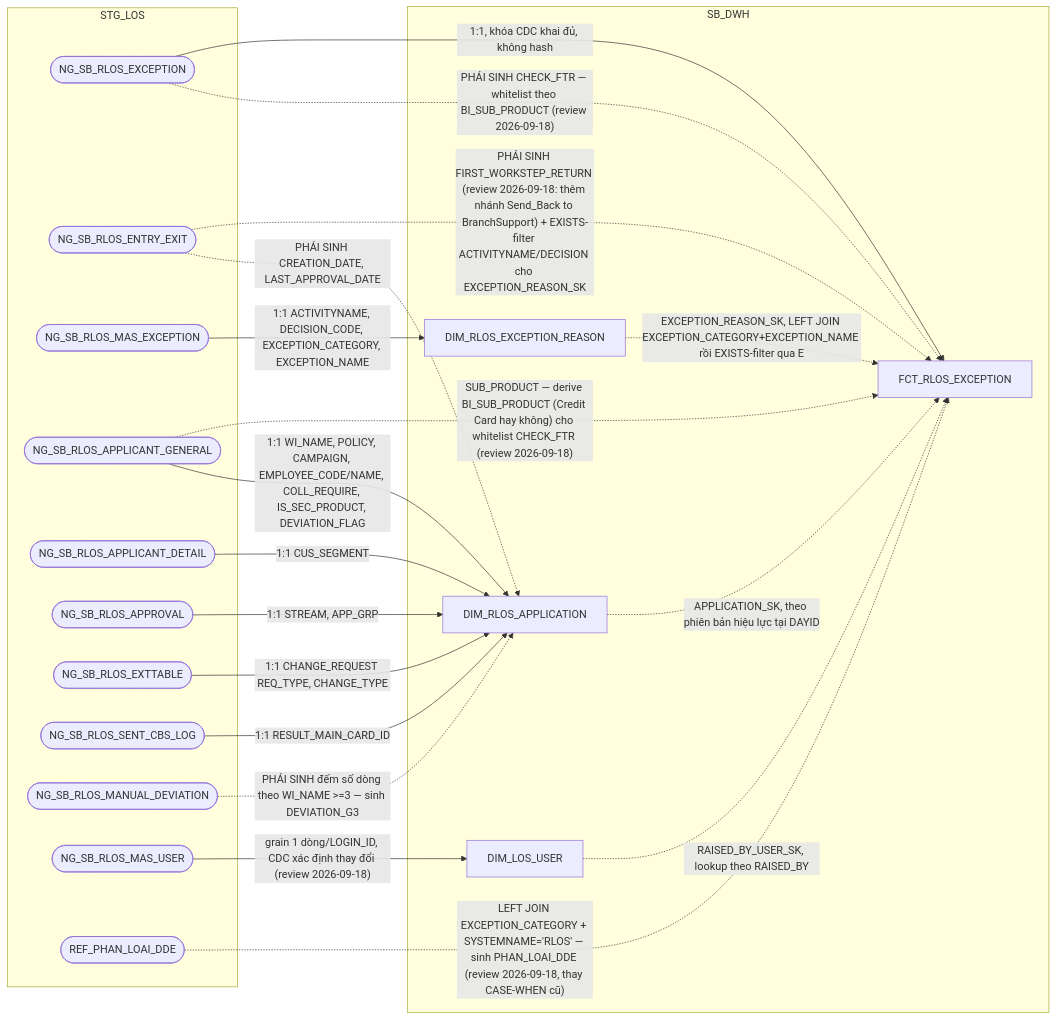
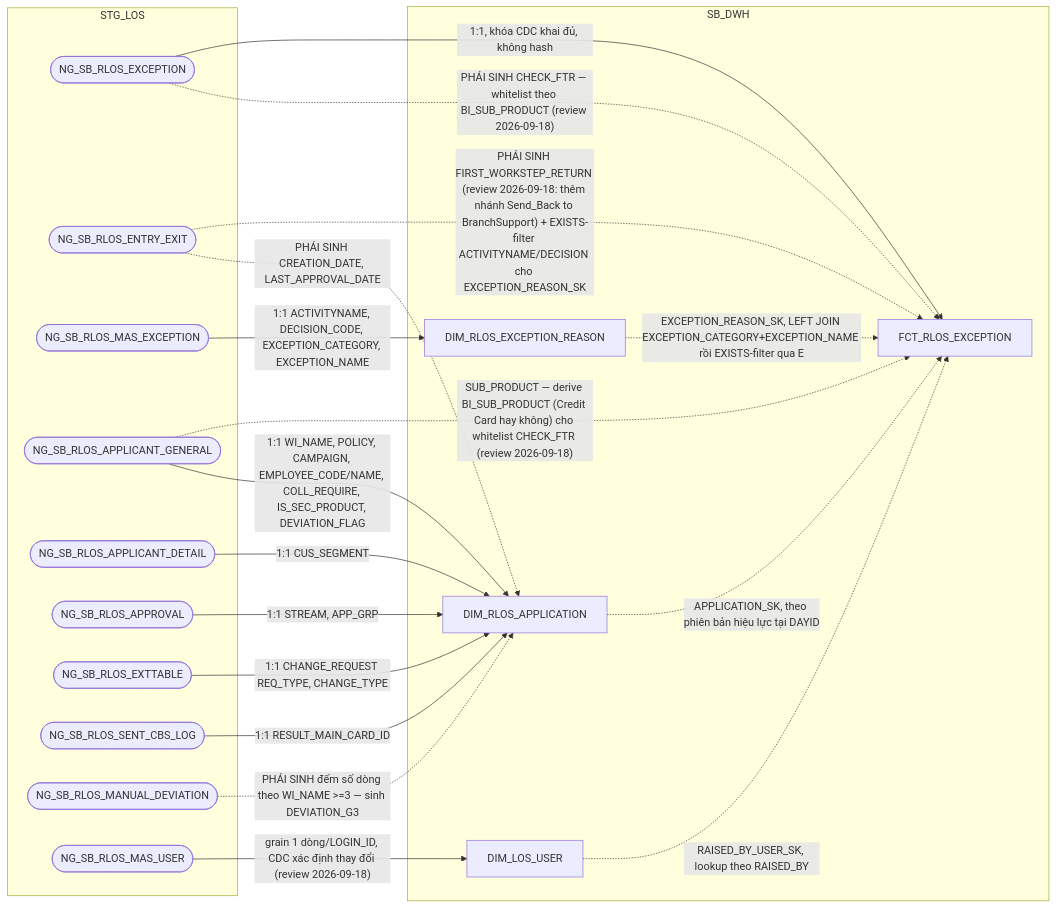
Before and after one commit to chien1198/sb-mapping-gen: diagram 11 of 13 in hld/HLD_FCT_SB_DWH.md, drawn with Mermaid. The commit also changed other lines of this file and 113 other files, not shown here.

````diff
--- a/hld/HLD_FCT_SB_DWH.md
+++ b/hld/HLD_FCT_SB_DWH.md
@@ -971,39 +1002,37 @@
 ```mermaid
 flowchart LR
     subgraph STG_LOS
         A(["NG_SB_RLOS_EXCEPTION"])
         E(["NG_SB_RLOS_ENTRY_EXIT"])
         R(["NG_SB_RLOS_MAS_EXCEPTION"])
         P1(["NG_SB_RLOS_APPLICANT_GENERAL"])
         P2(["NG_SB_RLOS_APPLICANT_DETAIL"])
         P3(["NG_SB_RLOS_APPROVAL"])
         P4(["NG_SB_RLOS_EXTTABLE"])
         P5(["NG_SB_RLOS_SENT_CBS_LOG"])
         P7(["NG_SB_RLOS_MANUAL_DEVIATION"])
         U(["NG_SB_RLOS_MAS_USER"])
-        REF(["REF_PHAN_LOAI_DDE"])
     end
     subgraph SB_DWH
         B["DIM_RLOS_EXCEPTION_REASON"]
         D["DIM_RLOS_APPLICATION"]
         F["DIM_LOS_USER"]
         C["FCT_RLOS_EXCEPTION"]
     end
     A -->|1:1, khóa CDC khai đủ, không hash| C
     B -.->|EXCEPTION_REASON_SK, LEFT JOIN EXCEPTION_CATEGORY+EXCEPTION_NAME rồi EXISTS-filter qua E| C
     D -.->|APPLICATION_SK, theo phiên bản hiệu lực tại DAYID| C
     F -.->|RAISED_BY_USER_SK, lookup theo RAISED_BY| C
     A -.->|"PHÁI SINH CHECK_FTR — whitelist theo BI_SUB_PRODUCT (review 2026-09-18)"| C
     P1 -.->|"SUB_PRODUCT — derive BI_SUB_PRODUCT (Credit Card hay không) cho whitelist CHECK_FTR (review 2026-09-18)"| C
     E -.->|"PHÁI SINH FIRST_WORKSTEP_RETURN (review 2026-09-18: thêm nhánh Send_Back to BranchSupport) + EXISTS-filter ACTIVITYNAME/DECISION cho EXCEPTION_REASON_SK"| C
-    REF -.->|"LEFT JOIN EXCEPTION_CATEGORY + SYSTEMNAME='RLOS' — sinh PHAN_LOAI_DDE (review 2026-09-18, thay CASE-WHEN cũ)"| C
     R -->|1:1 ACTIVITYNAME, DECISION_CODE, EXCEPTION_CATEGORY, EXCEPTION_NAME| B
     P1 -->|1:1 WI_NAME, POLICY, CAMPAIGN, EMPLOYEE_CODE/NAME, COLL_REQUIRE, IS_SEC_PRODUCT, DEVIATION_FLAG| D
     P2 -->|1:1 CUS_SEGMENT| D
     P3 -->|1:1 STREAM, APP_GRP| D
     P4 -->|1:1 CHANGE_REQUEST REQ_TYPE, CHANGE_TYPE| D
     P5 -->|1:1 RESULT_MAIN_CARD_ID| D
     E -.->|PHÁI SINH CREATION_DATE, LAST_APPROVAL_DATE| D
     P7 -.->|"PHÁI SINH đếm số dòng theo WI_NAME >=3 — sinh DEVIATION_G3"| D
     U -->|"grain 1 dòng/LOGIN_ID, CDC xác định thay đổi (review 2026-09-18)"| F
 ```
````
